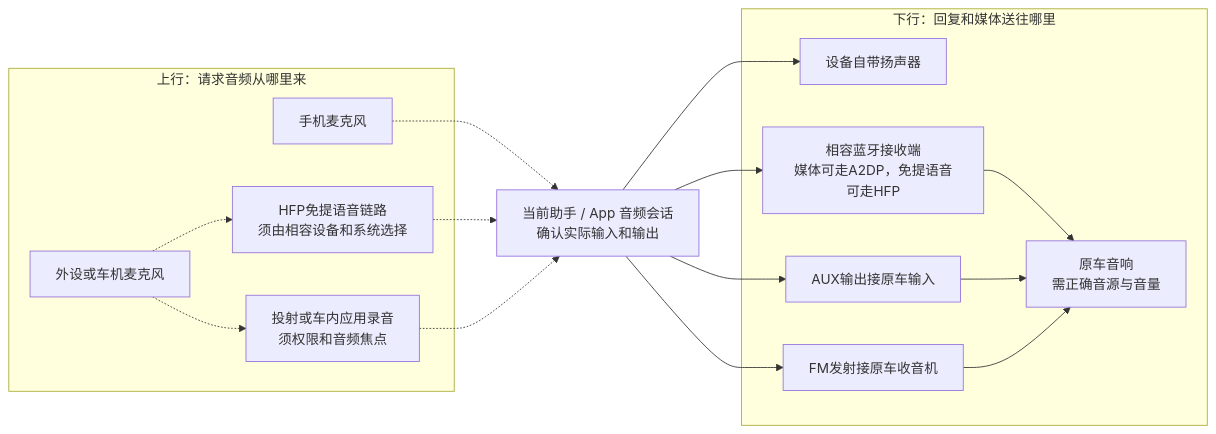
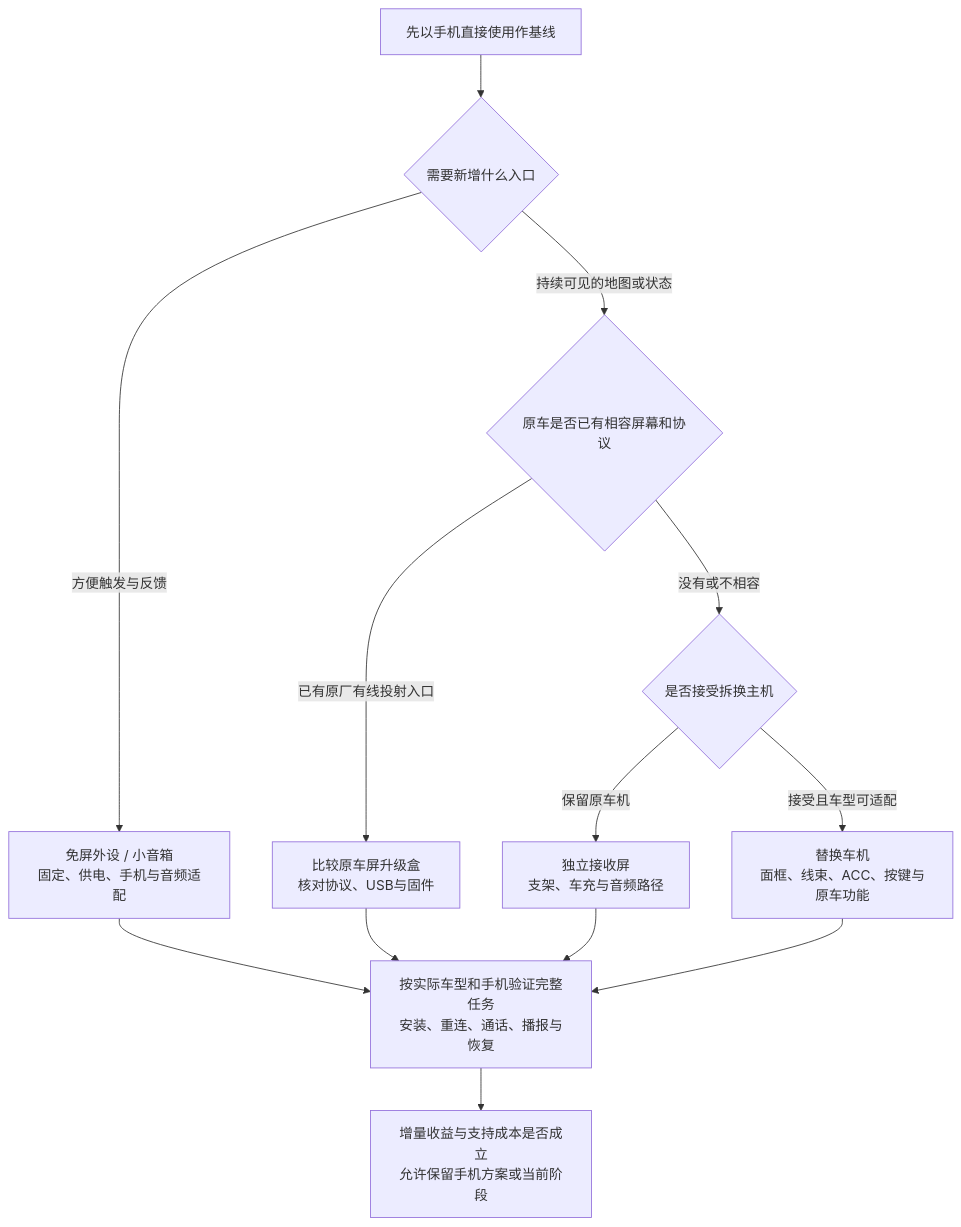
Before and after one commit to DreamSoul-AI/in-vehicle-ai-research: the diagram in dist/diagrams/fig-07.mmd, drawn with Mermaid. The commit also changed 51 other files, not shown here.

```diff
--- a/dist/diagrams/fig-07.mmd
+++ b/dist/diagrams/fig-07.mmd
@@ -1,35 +1,18 @@
-%% title: 音频与麦克风路径
-%% 图4 音频与拾音的可选路径。分析示意，不代表全部链路可同时使用。
-%% 虚线输入需系统选择、权限与实机核对；实线表示所选输出路径。
-%% 来源 https://www.bluetooth.com/specifications/specs/hands-free-profile-1-10/
-%% 来源 https://developer.android.com/develop/connectivity/bluetooth/profiles
-%% 来源 https://developer.android.com/training/cars/apps/library/car-microphone
-%% 来源 https://support.avantree.com/hc/en-us/articles/50767188774937-How-to-Make-a-Call-by-Voice-Command
+%% title: 硬件载体与安装选型
+%% 图3 按车辆条件选择载体。分析示意，是评估分支，不是采购推荐或保证兼容。
 %% 来源 https://carpuride.com/products/carpuride-w903-portable-smart-multimedia-dashboard-console-with-front-camera
-flowchart LR
-  subgraph INPUT["上行：请求音频从哪里来"]
-    PHONE_MIC["手机麦克风"]
-    DEVICE_MIC["外设或车机麦克风"]
-    HFP["HFP免提语音链路<br/>须由相容设备和系统选择"]
-    PROJECTION["投射或车内应用录音<br/>须权限和音频焦点"]
-  end
-  SESSION["当前助手 / App 音频会话<br/>确认实际输入和输出"]
-  PHONE_MIC -.-> SESSION
-  DEVICE_MIC -.-> HFP
-  DEVICE_MIC -.-> PROJECTION
-  HFP -.-> SESSION
-  PROJECTION -.-> SESSION
-  subgraph OUTPUT["下行：回复和媒体送往哪里"]
-    OWN["设备自带扬声器"]
-    BT["相容蓝牙接收端<br/>媒体可走A2DP，免提语音可走HFP"]
-    AUX["AUX输出接原车输入"]
-    FM["FM发射接原车收音机"]
-    CAR["原车音响<br/>需正确音源与音量"]
-    BT --> CAR
-    AUX --> CAR
-    FM --> CAR
-  end
-  SESSION --> OWN
-  SESSION --> BT
-  SESSION --> AUX
-  SESSION --> FM
+%% 来源 https://www.atotodirect.com/en-gb/pages/manual-460-en
+%% 来源 https://www.carlinkit.com/uhd6225
+flowchart TB
+  START["先以手机直接使用作基线"] --> NEED{"需要新增什么入口"}
+  NEED -->|"方便触发与反馈"| VOICE["免屏外设 / 小音箱<br/>固定、供电、手机与音频适配"]
+  NEED -->|"持续可见的地图或状态"| SCREEN{"原车是否已有相容屏幕和协议"}
+  SCREEN -->|"已有原厂有线投射入口"| BOX["比较原车屏升级盒<br/>核对协议、USB与固件"]
+  SCREEN -->|"没有或不相容"| INSTALL{"是否接受拆换主机"}
+  INSTALL -->|"保留原车机"| PORTABLE["独立接收屏<br/>支架、车充与音频路径"]
+  INSTALL -->|"接受且车型可适配"| HEADUNIT["替换车机<br/>面框、线束、ACC、按键与原车功能"]
+  VOICE --> VALIDATE["按实际车型和手机验证完整任务<br/>安装、重连、通话、播报与恢复"]
+  BOX --> VALIDATE
+  PORTABLE --> VALIDATE
+  HEADUNIT --> VALIDATE
+  VALIDATE --> DECIDE["增量收益与支持成本是否成立<br/>允许保留手机方案或当前阶段"]
```
